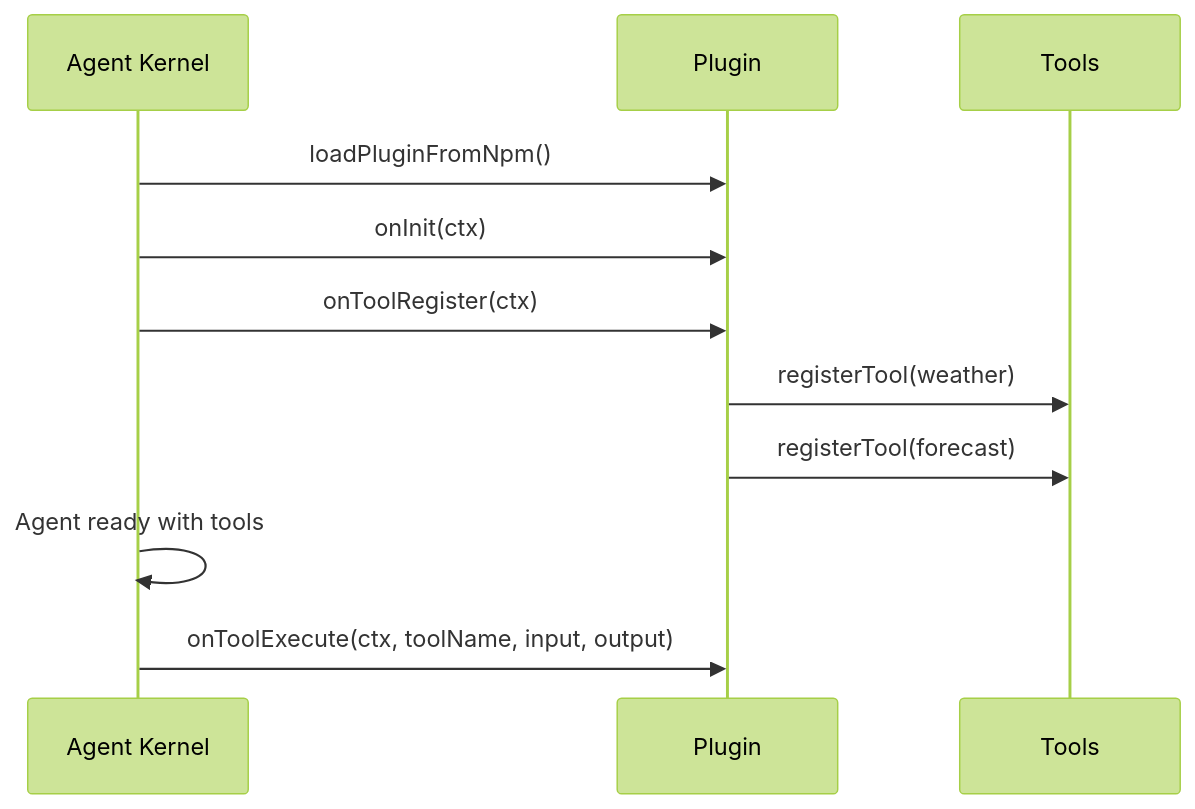
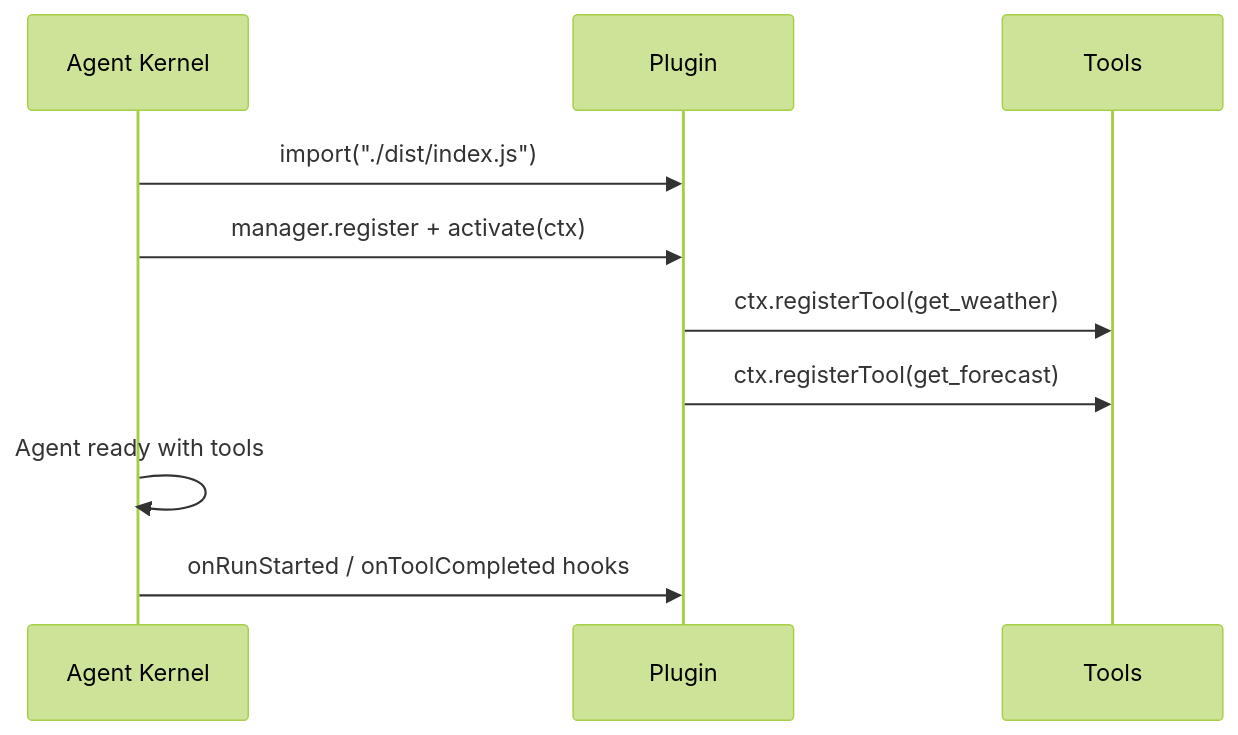
One commit to vinhnt-develop/vinhnt-sdk changed the diagram in docs/examples/plugin-author.en.md. Above: the diagram before and after it, drawn with Mermaid (forest theme). The commit also changed other lines of this file and 295 other files, not shown here.

````diff
--- a/docs/examples/plugin-author.en.md
+++ b/docs/examples/plugin-author.en.md
@@ -262,14 +275,13 @@
 ```mermaid
 sequenceDiagram
     participant A as Agent Kernel
     participant P as Plugin
     participant T as Tools
 
-    A->>P: loadPluginFromNpm()
-    A->>P: onInit(ctx)
-    A->>P: onToolRegister(ctx)
-    P->>T: registerTool(weather)
-    P->>T: registerTool(forecast)
+    A->>P: import("./dist/index.js")
+    A->>P: manager.register + activate(ctx)
+    P->>T: ctx.registerTool(get_weather)
+    P->>T: ctx.registerTool(get_forecast)
     A->>A: Agent ready with tools
-    A->>P: onToolExecute(ctx, toolName, input, output)
+    A->>P: onRunStarted / onToolCompleted hooks
 ```
````
